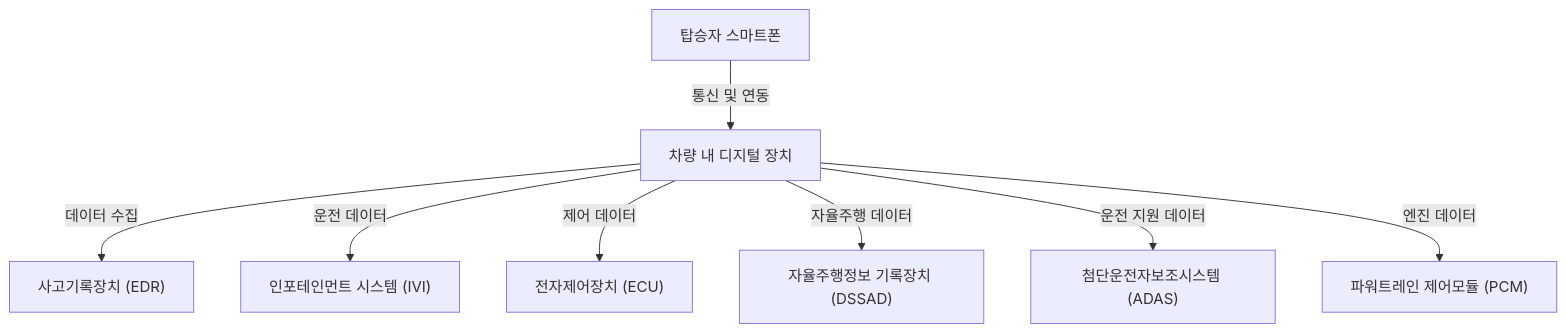
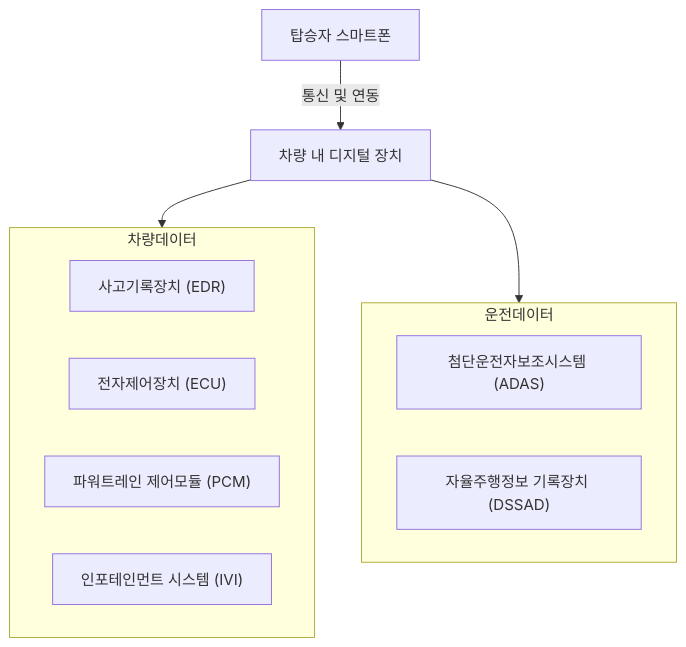
The diagram in blog/pe/sec/vehicle-digital-forensics.md (gracefullight/gracefullight.github.io), drawn with Mermaid before and after one commit.

Commit message:
docs(pe): 📚️ vehicle digital forensics

````diff
--- a/blog/pe/sec/vehicle-digital-forensics.md
+++ b/blog/pe/sec/vehicle-digital-forensics.md
@@ -21,17 +21,22 @@
 ```mermaid
 graph TB
+  스마트폰["탑승자 스마트폰"]
   차량["차량 내 디지털 장치"]
-  EDR["사고기록장치 (EDR)"]
-  IVI["인포테인먼트 시스템 (IVI)"]
-  ECU["전자제어장치 (ECU)"]
-  DSSAD["자율주행정보 기록장치 (DSSAD)"]
-  스마트폰["탑승자 스마트폰"]
 
-  차량 -->|데이터 수집| EDR
-  차량 -->|운전 데이터| IVI
-  차량 -->|제어 데이터| ECU
-  차량 -->|자율주행 데이터| DSSAD
-  차량 -->|운전 지원 데이터| ADAS["첨단운전자보조시스템 (ADAS)"]
-  차량 -->|엔진 데이터| PCM["파워트레인 제어모듈 (PCM)"]
+  subgraph 차량데이터
+    direction LR
+    EDR["사고기록장치 (EDR)"]
+    ECU["전자제어장치 (ECU)"]
+    PCM["파워트레인 제어모듈 (PCM)"]
+    IVI["인포테인먼트 시스템 (IVI)"]
+  end
+
+  subgraph 운전데이터
+    ADAS["첨단운전자보조시스템 (ADAS)"]
+    DSSAD["자율주행정보 기록장치 (DSSAD)"]
+  end
+
   스마트폰 -->|통신 및 연동| 차량
+  차량 --> 차량데이터
+  차량 --> 운전데이터
 ```
````
